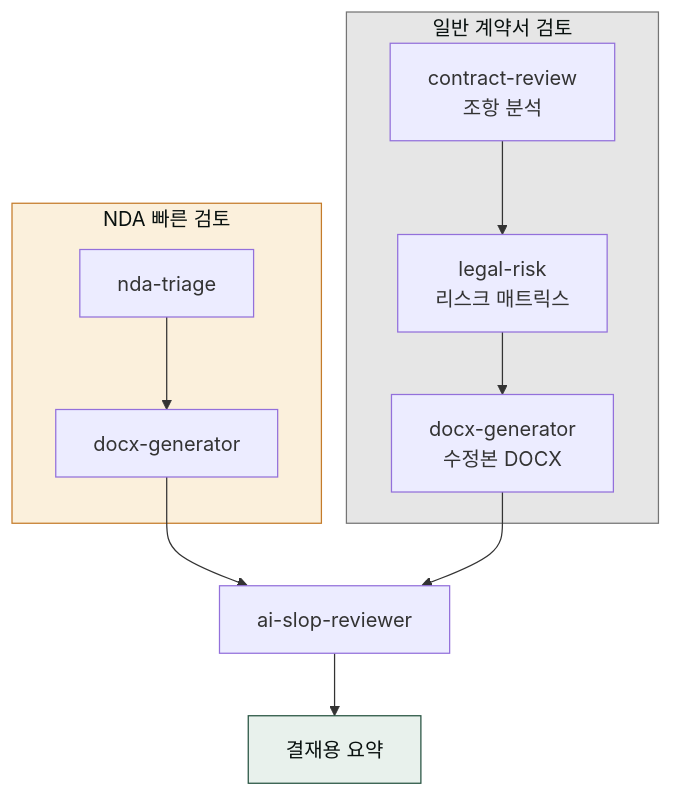
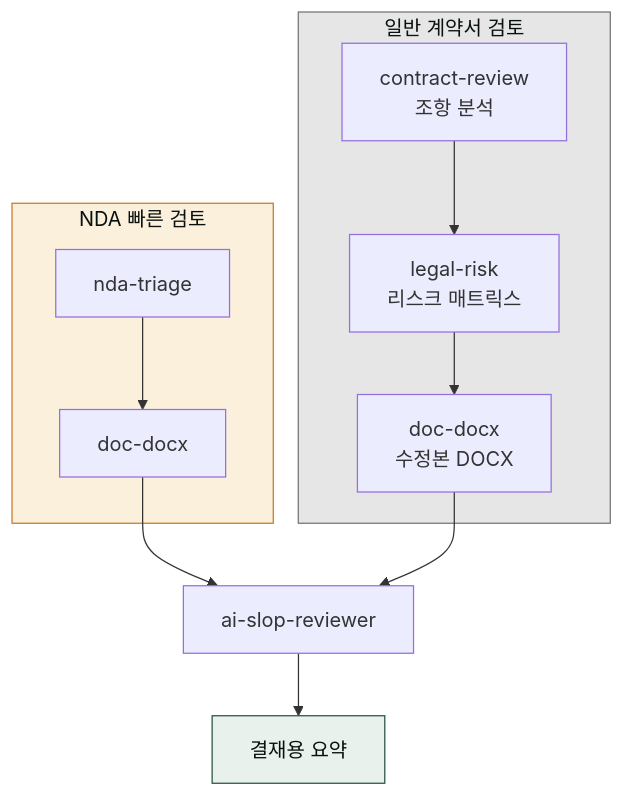
Before and after one commit to modu-ai/cowork-plugins: the first of 6 diagrams in www/content/cookbook/contract-review.md, drawn with Mermaid. The commit also changed other lines of this file and 45 other files, not shown here.

First line of the commit message:
docs(www): 스킬명 정합 + 깨진 링크 수정 + mermaid 보강

````diff
--- a/www/content/cookbook/contract-review.md
+++ b/www/content/cookbook/contract-review.md
@@ -12,17 +12,17 @@
 ```mermaid
 flowchart TD
    subgraph Fast["NDA 빠른 검토"]
-       N["nda-triage"] --> D1["docx-generator"]
+       N["nda-triage"] --> D1["doc-docx"]
    end
    subgraph Full["일반 계약서 검토"]
        A["contract-review<br/>조항 분석"] --> B["legal-risk<br/>리스크 매트릭스"]
-       B --> C["docx-generator<br/>수정본 DOCX"]
+       B --> C["doc-docx<br/>수정본 DOCX"]
    end
    D1 --> R["ai-slop-reviewer"]
    C --> R
    R --> S["결재용 요약"]
 
    style Fast fill:#fbf0dc,stroke:#c47b2a,color:#09110f
    style Full fill:#e6e6e6,stroke:#757575,color:#09110f
    style S fill:#e8f1ec,stroke:#265240,color:#09110f
 ```
````
